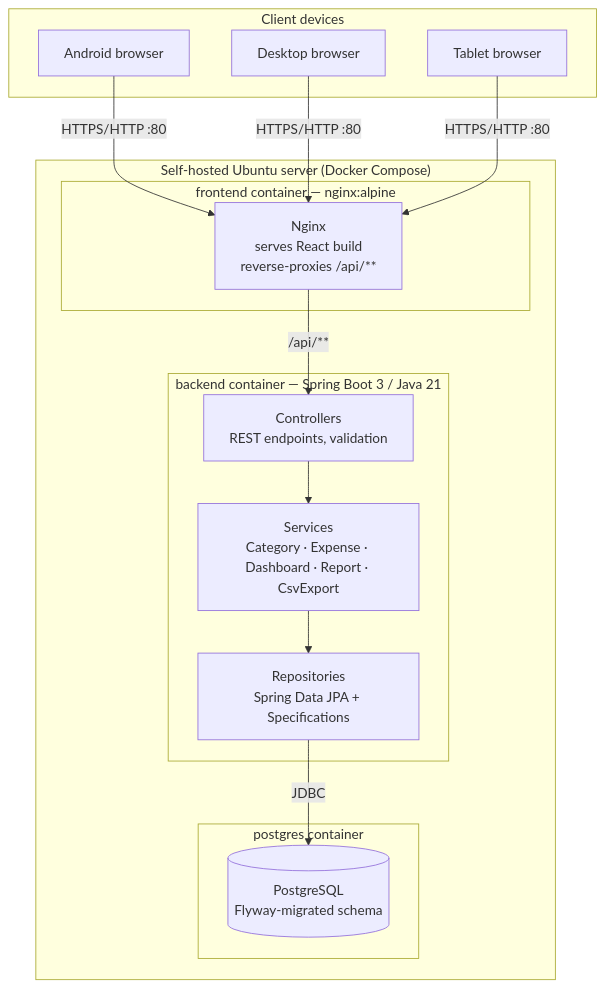
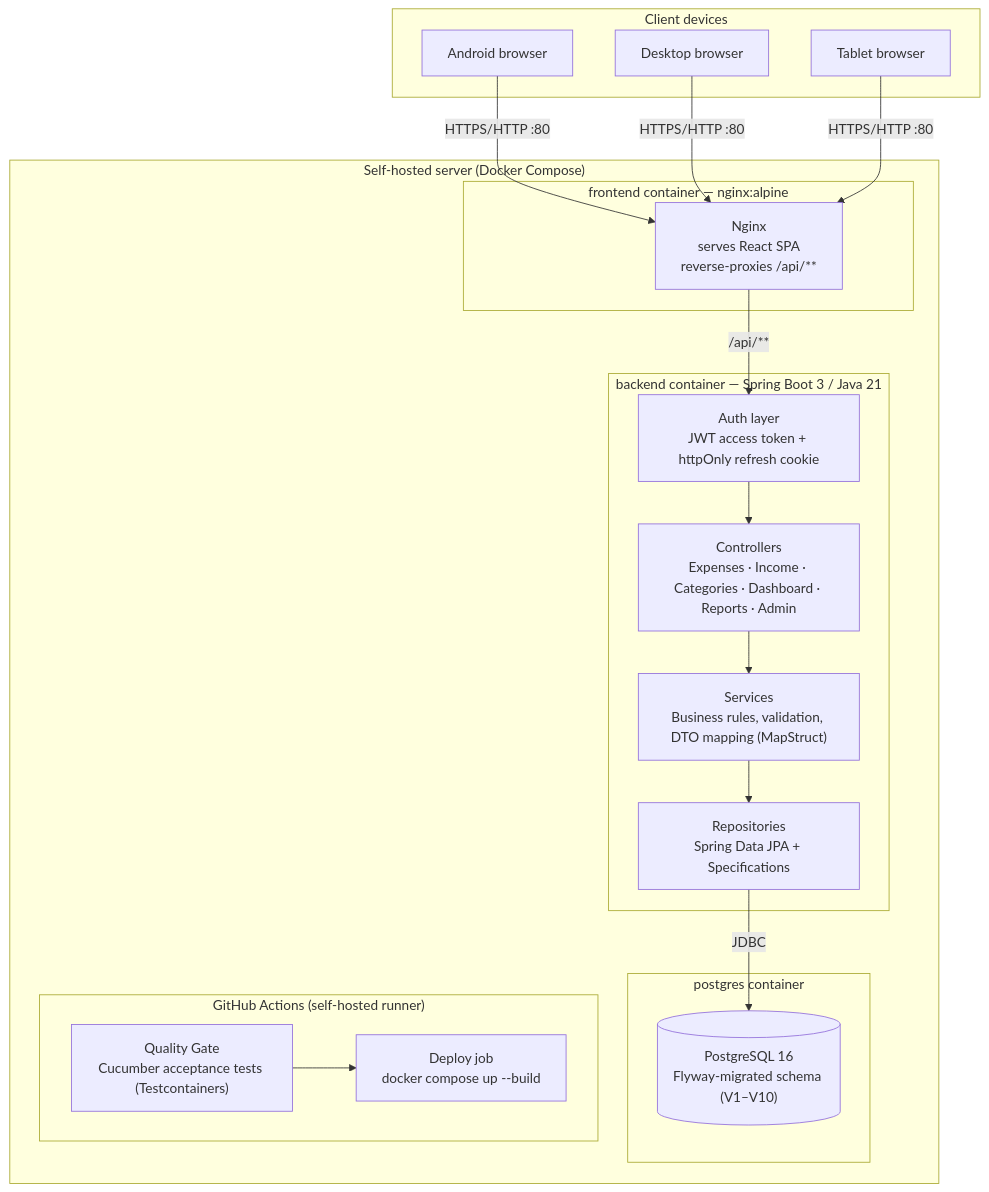
One commit to pavanem/Expense-tracker changed the diagram in README.md. Above: the diagram before and after it, drawn with Mermaid. The commit also changed other lines of this file, not shown here.

````diff
--- a/README.md
+++ b/README.md
@@ -15,30 +11,37 @@
 ```mermaid
 flowchart TB
     subgraph Client["Client devices"]
         A1["Android browser"]
         A2["Desktop browser"]
         A3["Tablet browser"]
     end
 
-    subgraph Server["Self-hosted Ubuntu server (Docker Compose)"]
+    subgraph Server["Self-hosted server (Docker Compose)"]
         subgraph FE["frontend container — nginx:alpine"]
-            N["Nginx<br/>serves React build<br/>reverse-proxies /api/**"]
+            N["Nginx<br/>serves React SPA<br/>reverse-proxies /api/**"]
         end
 
         subgraph BE["backend container — Spring Boot 3 / Java 21"]
-            C["Controllers<br/>REST endpoints, validation"]
-            S["Services<br/>Category · Expense · Dashboard · Report · CsvExport"]
+            Auth["Auth layer<br/>JWT access token + httpOnly refresh cookie"]
+            C["Controllers<br/>Expenses · Income · Categories · Dashboard · Reports · Admin"]
+            S["Services<br/>Business rules, validation, DTO mapping (MapStruct)"]
             R["Repositories<br/>Spring Data JPA + Specifications"]
-            C --> S --> R
+            Auth --> C --> S --> R
         end
 
         subgraph DB["postgres container"]
-            P[("PostgreSQL<br/>Flyway-migrated schema")]
+            P[("PostgreSQL 16<br/>Flyway-migrated schema (V1–V10)")]
         end
 
-        N -- "/api/**" --> C
+        subgraph CI["GitHub Actions (self-hosted runner)"]
+            QG["Quality Gate<br/>Cucumber acceptance tests (Testcontainers)"]
+            DEP["Deploy job<br/>docker compose up --build"]
+            QG --> DEP
+        end
+
+        N -- "/api/**" --> Auth
         R -- "JDBC" --> P
     end
 
     A1 & A2 & A3 -- "HTTPS/HTTP :80" --> N
 ```
````
